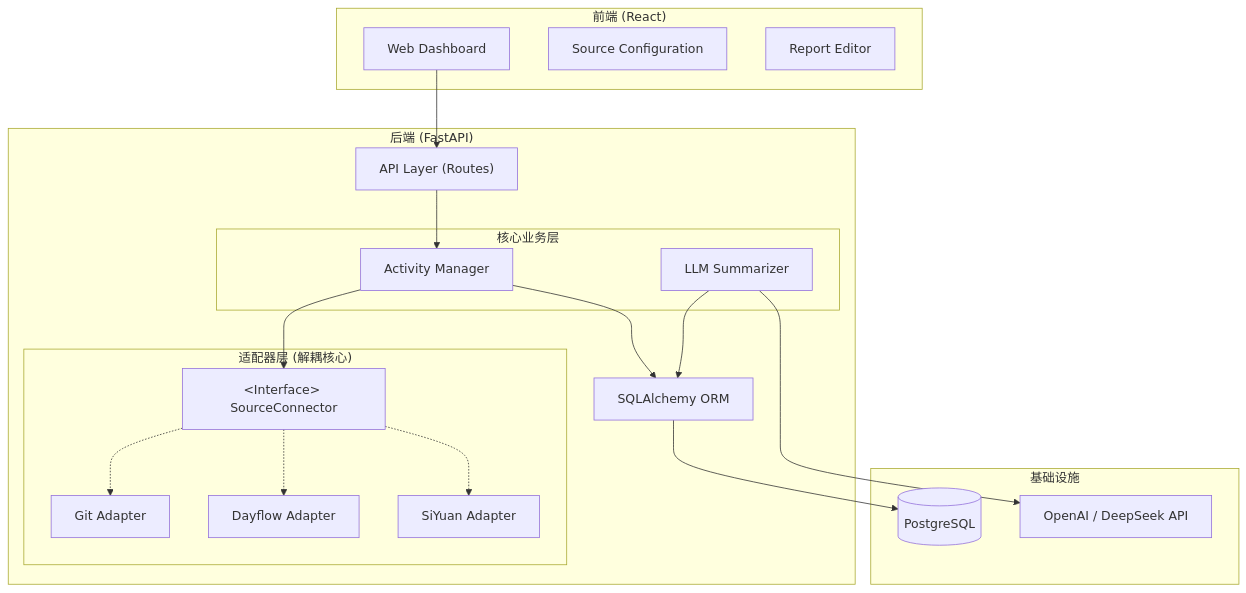
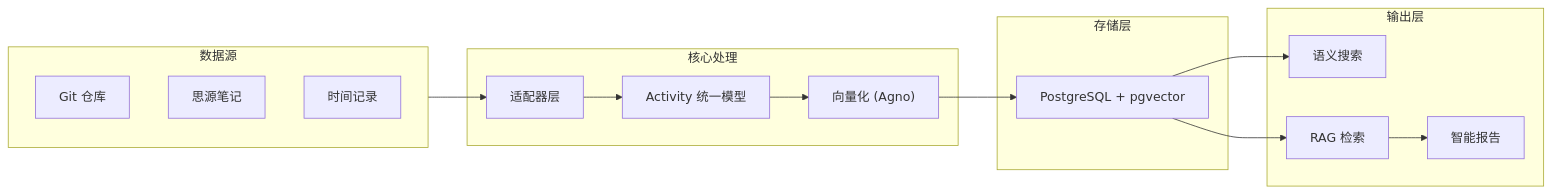
Before and after one commit to leowzz/TraceWeaver: the diagram in README.md, drawn with Mermaid. The commit also changed other lines of this file and 84 other files, not shown here.

````diff
--- a/README.md
+++ b/README.md
@@ -87,44 +116,32 @@
 ```mermaid
-graph TD
-    subgraph Frontend["前端 (React)"]
-        UI["Web Dashboard"]
-        Config["Source Configuration"]
-        Editor["Report Editor"]
+graph LR
+    subgraph Input["数据源"]
+        Git["Git 仓库"]
+        SiYuan["思源笔记"]
+        Dayflow["时间记录"]
     end
 
-    subgraph Backend["后端 (FastAPI)"]
-        API["API Layer (Routes)"]
-        
-        subgraph Core["核心业务层"]
-            Manager["Activity Manager"]
-            AI_Engine["LLM Summarizer"]
-        end
-        
-        subgraph Adapter["适配器层 (解耦核心)"]
-            Interface["&lt;Interface&gt; SourceConnector"]
-            GitAdapt["Git Adapter"]
-            DayflowAdapt["Dayflow Adapter"]
-            SiYuanAdapt["SiYuan Adapter"]
-        end
-        
-        DB_Layer["SQLAlchemy ORM"]
-    end
-    
-    subgraph Infrastructure["基础设施"]
-        PG[("PostgreSQL")]
-        LLM_API["OpenAI / DeepSeek API"]
+    subgraph Core["核心处理"]
+        Adapter["适配器层"]
+        Activity["Activity 统一模型"]
+        Vector["向量化 (Agno)"]
     end
 
-    UI --> API
-    API --> Manager
-    Manager --> Interface
-    
-    Interface -.-> GitAdapt
-    Interface -.-> DayflowAdapt
-    Interface -.-> SiYuanAdapt
-    
-    Manager --> DB_Layer
-    AI_Engine --> DB_Layer
-    DB_Layer --> PG
-    AI_Engine --> LLM_API
+    subgraph Storage["存储层"]
+        PG["PostgreSQL + pgvector"]
+    end
+
+    subgraph Output["输出层"]
+        Search["语义搜索"]
+        RAG["RAG 检索"]
+        Report["智能报告"]
+    end
+
+    Input --> Adapter
+    Adapter --> Activity
+    Activity --> Vector
+    Vector --> PG
+    PG --> Search
+    PG --> RAG
+    RAG --> Report
 ```
````
